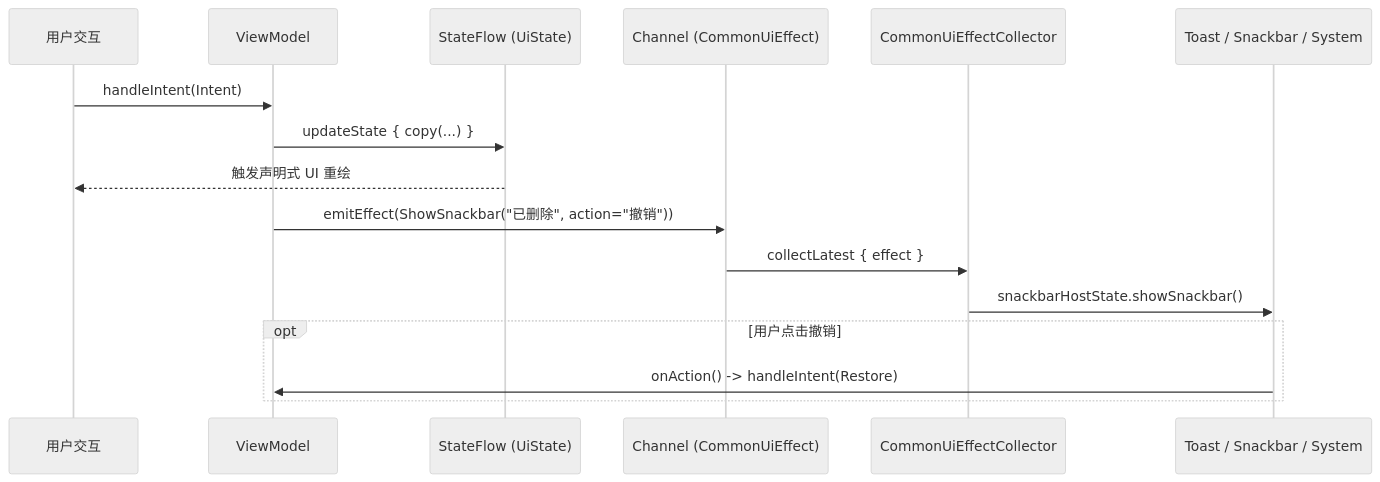
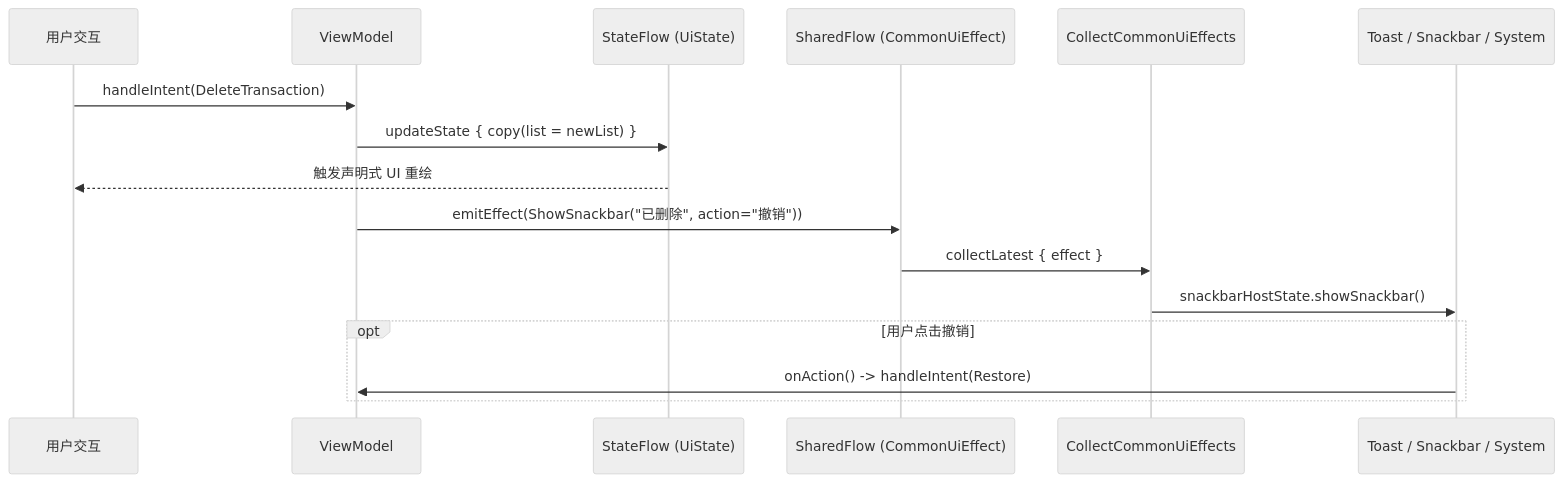
One commit to listen2code/ListenExpenseTracker changed the second of 3 diagrams in docs/architecture.md. Above: the diagram before and after it, drawn with Mermaid (neutral theme). The commit also changed other lines of this file and 13 other files, not shown here.

Commit message:
feat(preview): add @Preview for core feature screens and update architecture docs

````diff
--- a/docs/architecture.md
+++ b/docs/architecture.md
@@ -96,19 +249,19 @@
 ```mermaid
 sequenceDiagram
     participant User as 用户交互
     participant VM as ViewModel
     participant State as StateFlow (UiState)
-    participant Effect as Channel (CommonUiEffect)
-    participant Collector as CommonUiEffectCollector
+    participant Effect as SharedFlow (CommonUiEffect)
+    participant Collector as CollectCommonUiEffects
     participant UI as Toast / Snackbar / System
 
-    User->>VM: handleIntent(Intent)
-    VM->>State: updateState { copy(...) }
+    User->>VM: handleIntent(DeleteTransaction)
+    VM->>State: updateState { copy(list = newList) }
     State-->>User: 触发声明式 UI 重绘
     VM->>Effect: emitEffect(ShowSnackbar("已删除", action="撤销"))
     Effect->>Collector: collectLatest { effect }
     Collector->>UI: snackbarHostState.showSnackbar()
     opt 用户点击撤销
         UI->>VM: onAction() -> handleIntent(Restore)
     end
 ```
````
